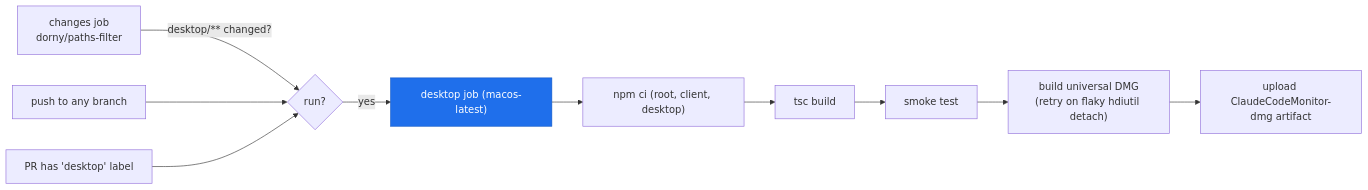
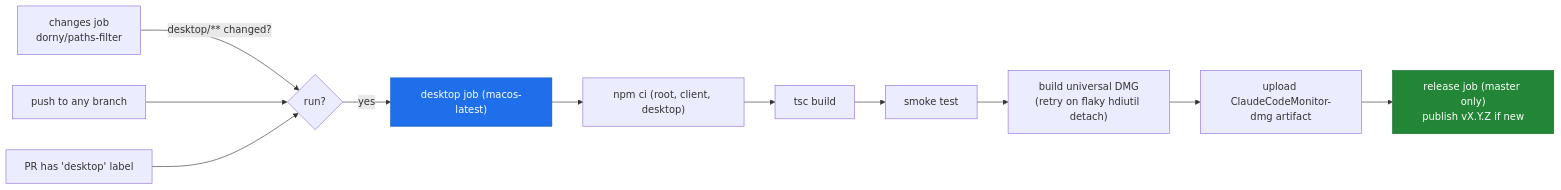
One commit to zhangqinzhong/Claude-Code-Agent-Monitor changed diagram 13 of 14 in desktop/README.md. Above: the diagram before and after it, drawn with Mermaid. The commit also changed other lines of this file and 22 other files, not shown here.

````diff
--- a/desktop/README.md
+++ b/desktop/README.md
@@ -596,14 +603,16 @@
 ```mermaid
 flowchart LR
     ch["changes job<br/>dorny/paths-filter"] -->|"desktop/** changed?"| gate{run?}
     push["push to any branch"] --> gate
     label["PR has 'desktop' label"] --> gate
     gate -->|yes| job["desktop job (macos-latest)"]
     job --> j1["npm ci (root, client, desktop)"]
     j1 --> j2["tsc build"]
     j2 --> j3["smoke test"]
     j3 --> j4["build universal DMG<br/>(retry on flaky hdiutil detach)"]
     j4 --> j5["upload ClaudeCodeMonitor-dmg artifact"]
+    j5 --> rel["release job (master only)<br/>publish vX.Y.Z if new"]
 
     style job fill:#1f6feb,stroke:#1158c7,color:#fff
+    style rel fill:#238636,stroke:#1a6e2c,color:#fff
 ```
````
